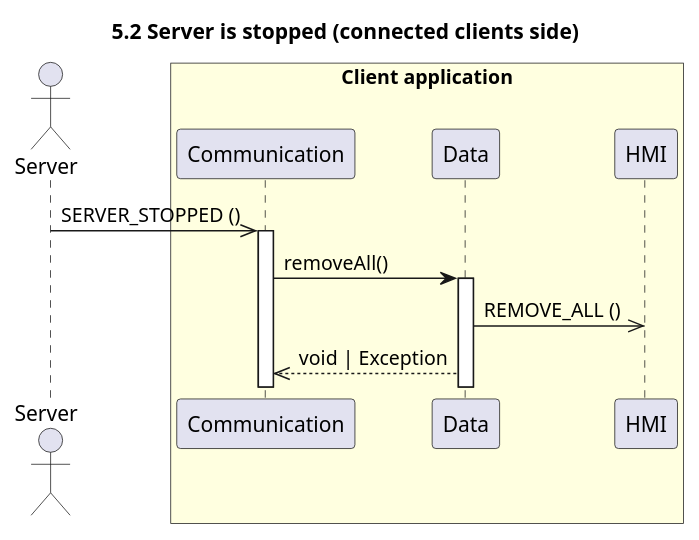
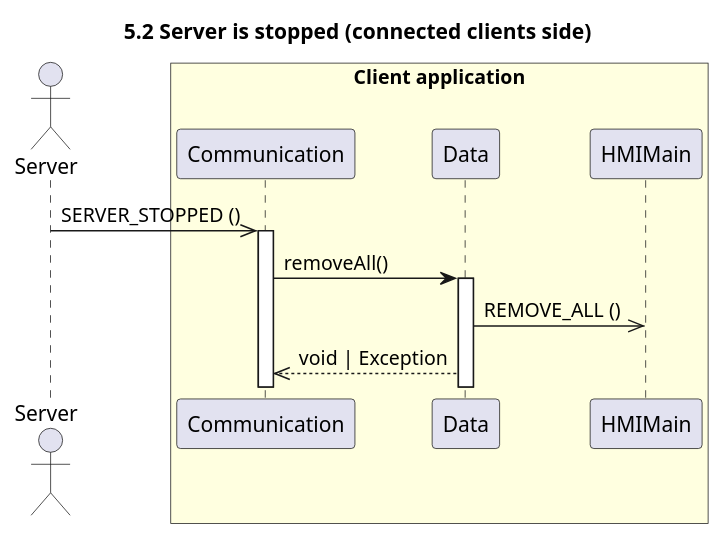
One commit to UTCAI12/Diagrams changed the diagram in sequence/5.2.stop_server_others.puml. Above: the diagram before and after it, drawn with PlantUML. The commit also changed 14 other files, not shown here.

Commit message:
splitting HMI into HMIMain and HMIMusic

```diff
--- a/sequence/5.2.stop_server_others.puml
+++ b/sequence/5.2.stop_server_others.puml
@@ -1,18 +1,18 @@
 @startuml 5.2 Server is stopped (connected clients side)
 title 5.2 Server is stopped (connected clients side)
 
 actor "Server" as server
 box "Client application" #LightYellow
     participant "Communication" as com
     participant "Data" as data
-    participant "HMI" as hmi
+    participant "HMIMain" as hmi
 end box
 
 server ->> com++ : SERVER_STOPPED ()
 com -> data++: removeAll()
 data ->> hmi: REMOVE_ALL ()
 data-->> com: void | Exception
 
 
 
 @enduml
```
